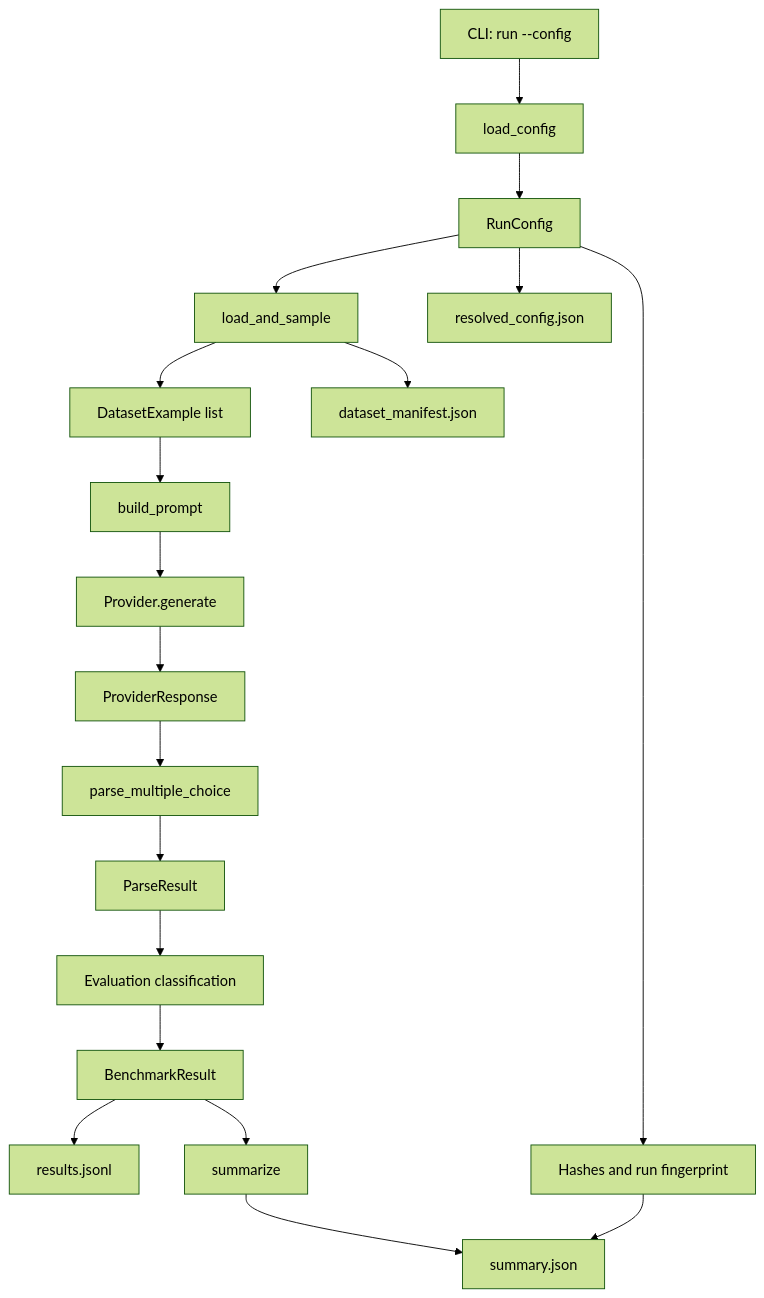
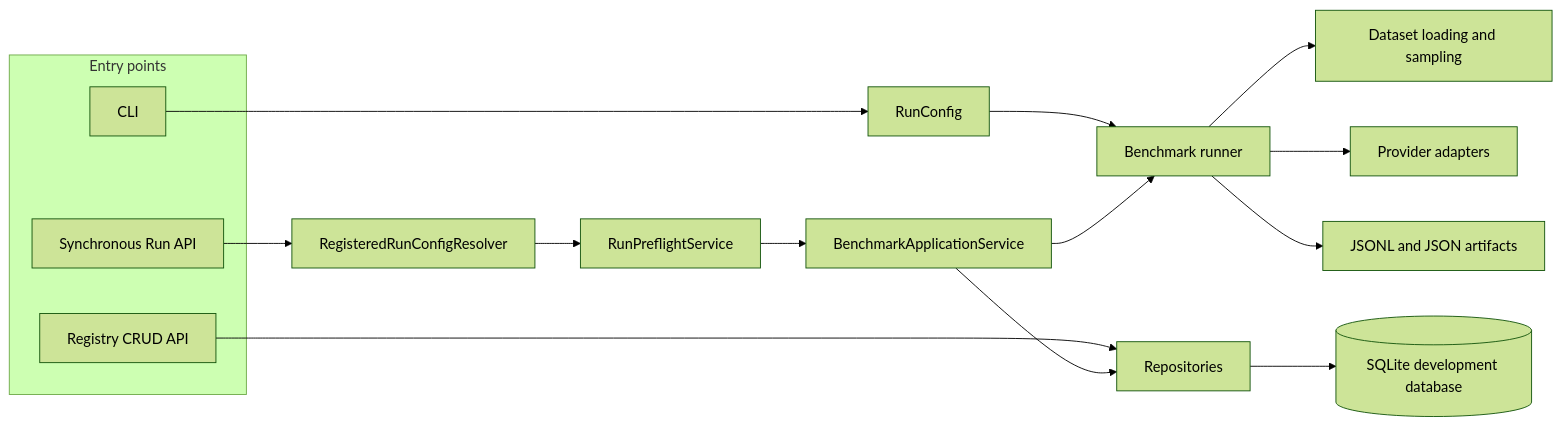
The first of 5 diagrams in docs/architecture.md (ataozalpp/llm-benchmark), drawn with Mermaid (forest theme) before and after one commit. The commit also changed other lines of this file and 3 other files, not shown here.

````diff
--- a/docs/architecture.md
+++ b/docs/architecture.md
@@ -29,21 +40,23 @@
 ```mermaid
-flowchart TD
-    A[CLI: run --config] --> B[load_config]
-    B --> C[RunConfig]
-    C --> D[load_and_sample]
-    D --> E[DatasetExample list]
-    D --> F[dataset_manifest.json]
-    E --> G[build_prompt]
-    G --> H[Provider.generate]
-    H --> I[ProviderResponse]
-    I --> J[parse_multiple_choice]
-    J --> K[ParseResult]
-    K --> L[Evaluation classification]
-    L --> M[BenchmarkResult]
-    M --> N[results.jsonl]
-    M --> O[summarize]
-    O --> P[summary.json]
-    C --> Q[resolved_config.json]
-    C --> R[Hashes and run fingerprint]
-    R --> P
+flowchart LR
+    subgraph EntryPoints[Entry points]
+        CLI[CLI]
+        RegistryAPI[Registry CRUD API]
+        RunAPI[Synchronous Run API]
+    end
+
+    CLI --> Config[RunConfig]
+    Config --> Runner[Benchmark runner]
+
+    RegistryAPI --> Repositories[Repositories]
+    RunAPI --> Resolver[RegisteredRunConfigResolver]
+    Resolver --> Preflight[RunPreflightService]
+    Preflight --> AppService[BenchmarkApplicationService]
+    AppService --> Runner
+    AppService --> Repositories
+
+    Runner --> Dataset[Dataset loading and sampling]
+    Runner --> Providers[Provider adapters]
+    Runner --> Artifacts[JSONL and JSON artifacts]
+    Repositories --> DB[(SQLite development database)]
 ```
````
